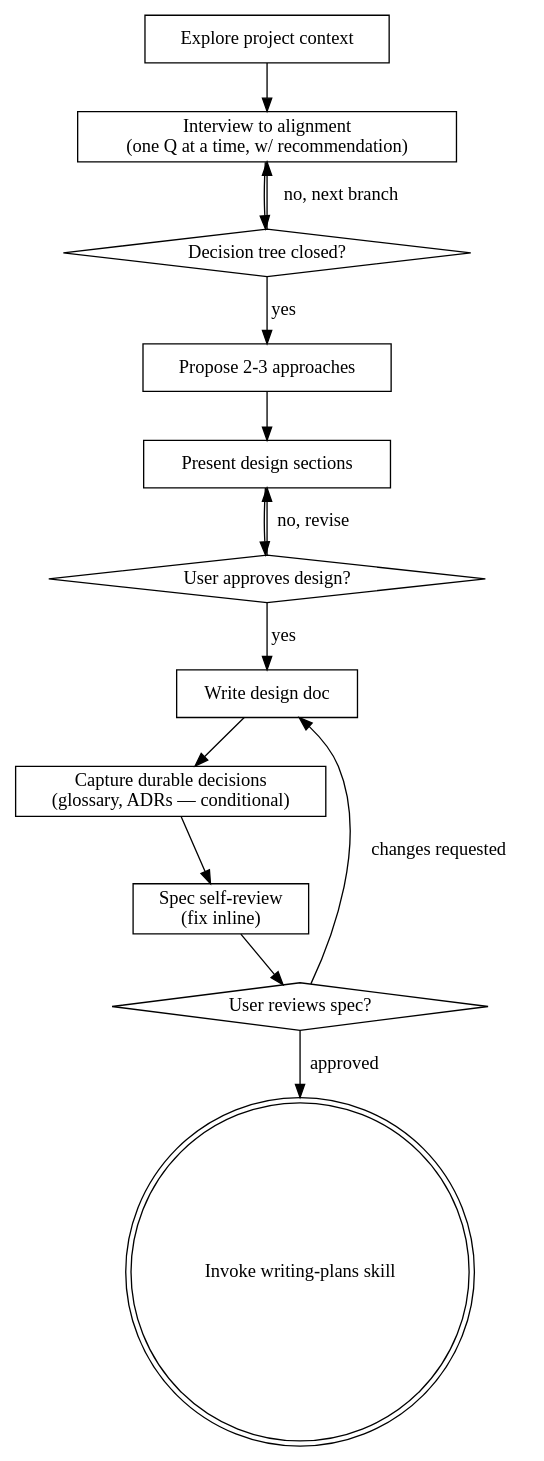
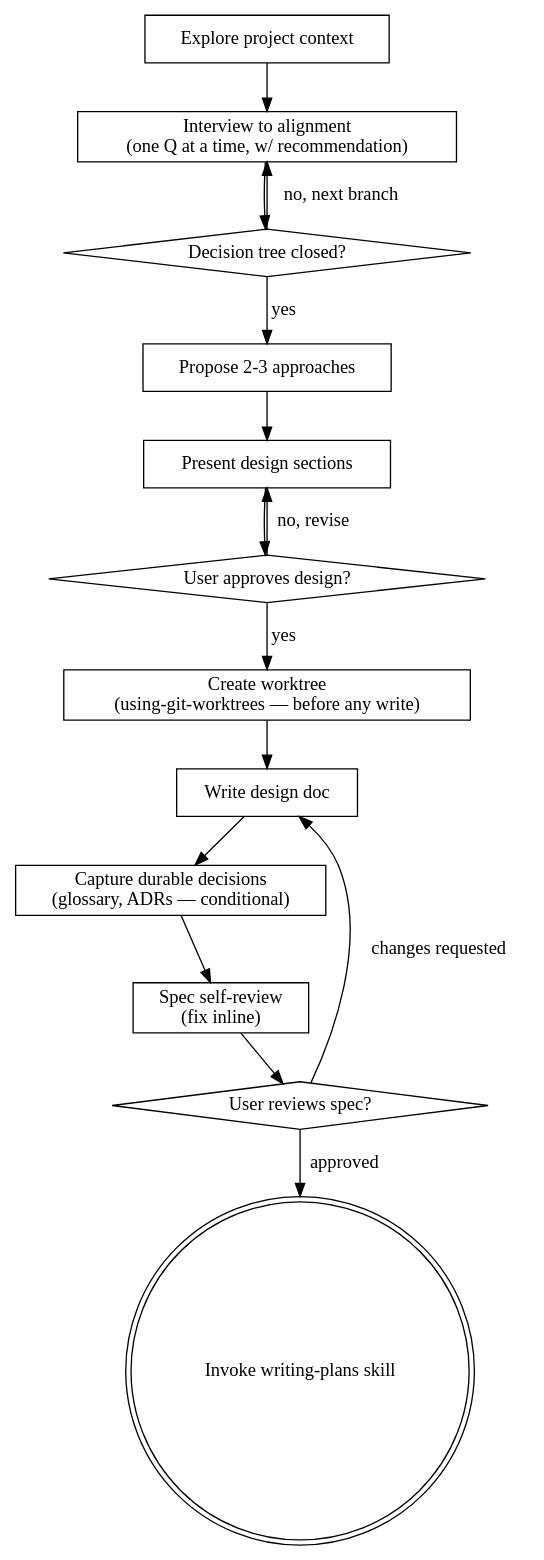
The diagram in skills/brainstorming/SKILL.md (pfurini/superpowers), drawn with Graphviz before and after one commit. The commit also changed other lines of this file and 1 other file, not shown here.

First line of the commit message:
feat(brainstorming): create the worktree before any file write

````diff
--- a/skills/brainstorming/SKILL.md
+++ b/skills/brainstorming/SKILL.md
@@ -39,29 +40,31 @@
 ```dot
 digraph brainstorming {
     "Explore project context" [shape=box];
     "Interview to alignment\n(one Q at a time, w/ recommendation)" [shape=box];
     "Decision tree closed?" [shape=diamond];
     "Propose 2-3 approaches" [shape=box];
     "Present design sections" [shape=box];
     "User approves design?" [shape=diamond];
+    "Create worktree\n(using-git-worktrees — before any write)" [shape=box];
     "Write design doc" [shape=box];
     "Capture durable decisions\n(glossary, ADRs — conditional)" [shape=box];
     "Spec self-review\n(fix inline)" [shape=box];
     "User reviews spec?" [shape=diamond];
     "Invoke writing-plans skill" [shape=doublecircle];
 
     "Explore project context" -> "Interview to alignment\n(one Q at a time, w/ recommendation)";
     "Interview to alignment\n(one Q at a time, w/ recommendation)" -> "Decision tree closed?";
     "Decision tree closed?" -> "Interview to alignment\n(one Q at a time, w/ recommendation)" [label="no, next branch"];
     "Decision tree closed?" -> "Propose 2-3 approaches" [label="yes"];
     "Propose 2-3 approaches" -> "Present design sections";
     "Present design sections" -> "User approves design?";
     "User approves design?" -> "Present design sections" [label="no, revise"];
-    "User approves design?" -> "Write design doc" [label="yes"];
+    "User approves design?" -> "Create worktree\n(using-git-worktrees — before any write)" [label="yes"];
+    "Create worktree\n(using-git-worktrees — before any write)" -> "Write design doc";
     "Write design doc" -> "Capture durable decisions\n(glossary, ADRs — conditional)";
     "Capture durable decisions\n(glossary, ADRs — conditional)" -> "Spec self-review\n(fix inline)";
     "Spec self-review\n(fix inline)" -> "User reviews spec?";
     "User reviews spec?" -> "Write design doc" [label="changes requested"];
     "User reviews spec?" -> "Invoke writing-plans skill" [label="approved"];
 }
 ```
````
